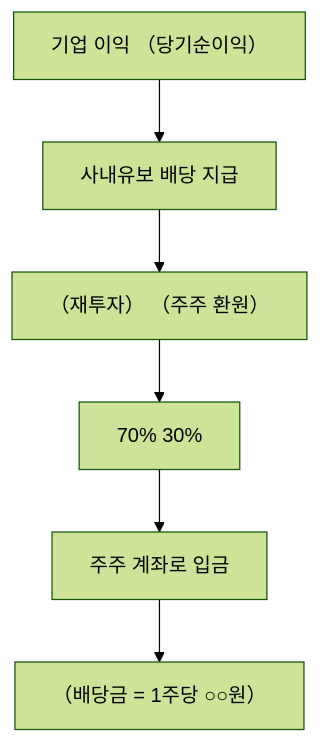
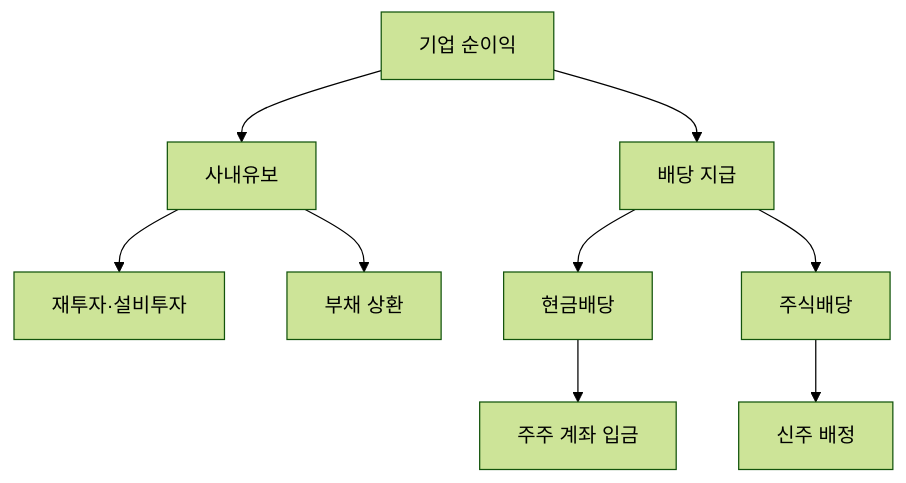
The diagram in content/stock-terms/ko/level-06-events/dividend.md (yeongseon/stock-visual-note), drawn with Mermaid (forest theme) before and after one commit. The commit also changed other lines of this file and 96 other files, not shown here.

Commit message:
Rewrite all 98 remaining articles: branching Mermaid diagrams, natural search_intent, compelling seo_titles, clean descriptions

````diff
--- a/content/stock-terms/ko/level-06-events/dividend.md
+++ b/content/stock-terms/ko/level-06-events/dividend.md
@@ -39,14 +39,12 @@
 ```mermaid
 graph TD
-    A0["기업 이익 （당기순이익）"]
-    A1["사내유보 배당 지급"]
-    A2["（재투자） （주주 환원）"]
-    A3["70% 30%"]
-    A4["주주 계좌로 입금"]
-    A5["（배당금 = 1주당 ○○원）"]
-    A0 --> A1
-    A1 --> A2
-    A2 --> A3
-    A3 --> A4
-    A4 --> A5
+    A["기업 순이익"]
+    A --> B["사내유보"]
+    A --> C["배당 지급"]
+    B --> B1["재투자·설비투자"]
+    B --> B2["부채 상환"]
+    C --> C1["현금배당"]
+    C --> C2["주식배당"]
+    C1 --> D["주주 계좌 입금"]
+    C2 --> E["신주 배정"]
 ```
````
